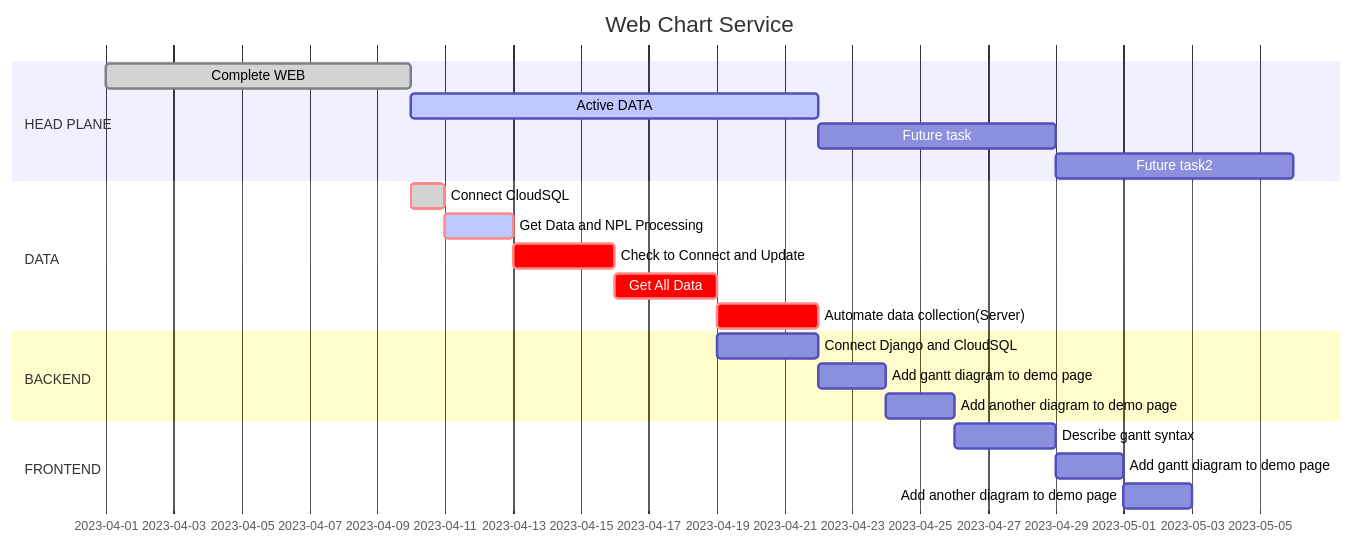
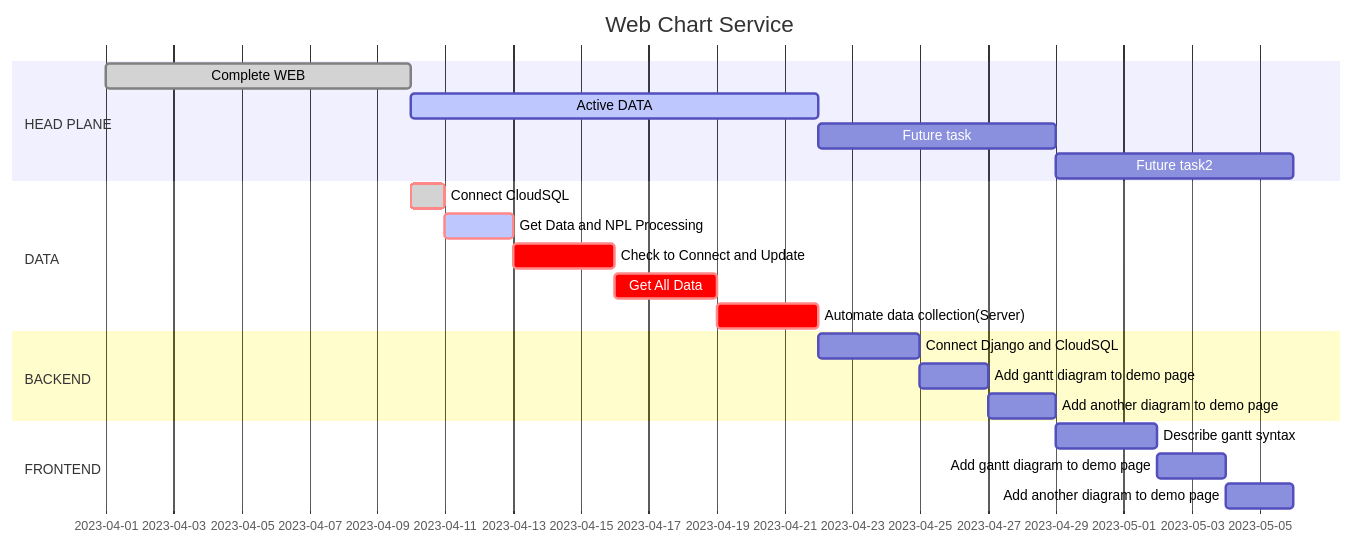
One commit to merucode/merucode.github.io changed the second of 2 diagrams in docs/menu8-project/menu8-sub1-web/menu8-sub1-sub1-design.md. Above: the diagram before and after it, drawn with Mermaid.

````diff
--- a/docs/menu8-project/menu8-sub1-web/menu8-sub1-sub1-design.md
+++ b/docs/menu8-project/menu8-sub1-web/menu8-sub1-sub1-design.md
@@ -46,28 +46,28 @@
 ```mermaid
 gantt
     dateFormat  YYYY-MM-DD
     title       Web Chart Service
 
     section HEAD PLANE
     Complete WEB              :done,    des1, 2023-04-01,2023-04-10
     Active DATA               :active,  des2, 2023-04-10, 12d
     Future task               :         des3, after des2, 7d
     Future task2              :         des4, after des3, 7d
 
     section DATA
     Connect CloudSQL                    :crit, done,  a1, after des1, 1d
     Get Data and NPL Processing         :crit, active,a2, after a1, 2d
     Check to Connect and Update         :crit,        a3, after a2, 3d
     Get All Data                        :crit,        a4, after a3, 3d
     Automate data collection(Server)    :crit,        a5, after a4, 3d
     
     section BACKEND
-    Connect Django and CloudSQL         :b1, after a4, 3d
+    Connect Django and CloudSQL         :b1, after a5, 3d
     Add gantt diagram to demo page      :b2, after b1, 2d
     Add another diagram to demo page    :b3, after b2, 2d
 
     section FRONTEND
     Describe gantt syntax               :c1, after b3, 3d
     Add gantt diagram to demo page      :c2, after c1, 2d
     Add another diagram to demo page    :c3, after c2, 2d
 ```
````
